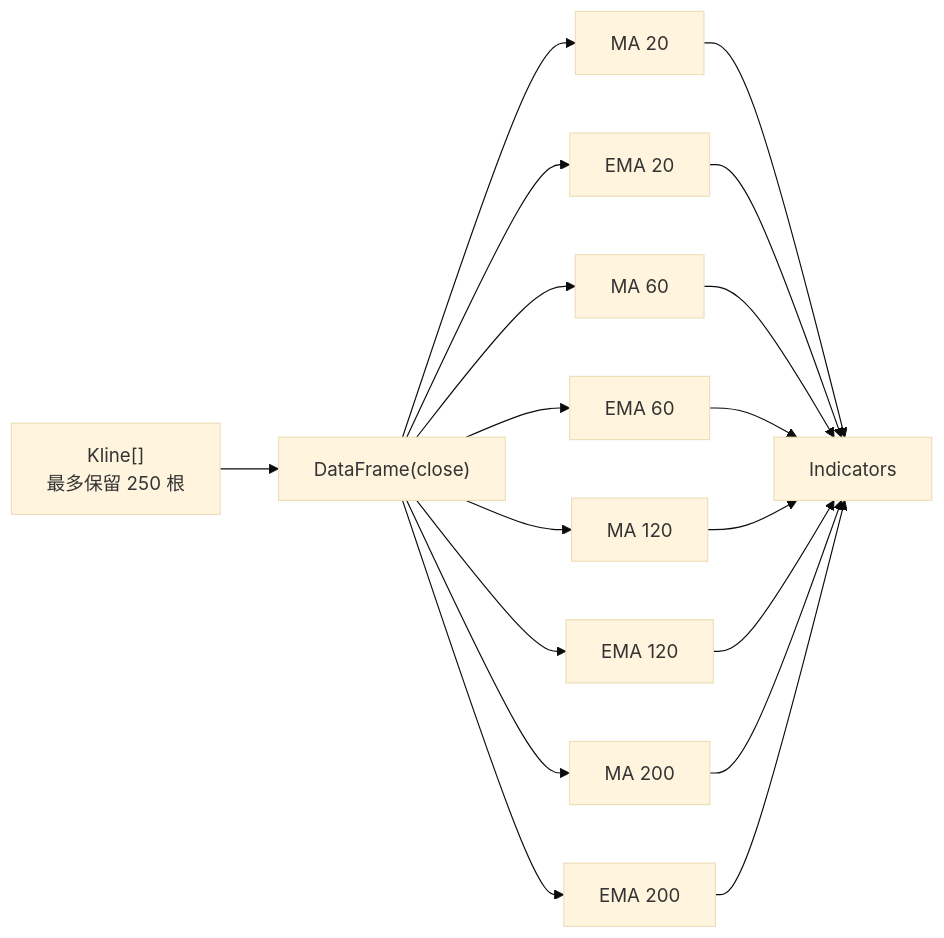
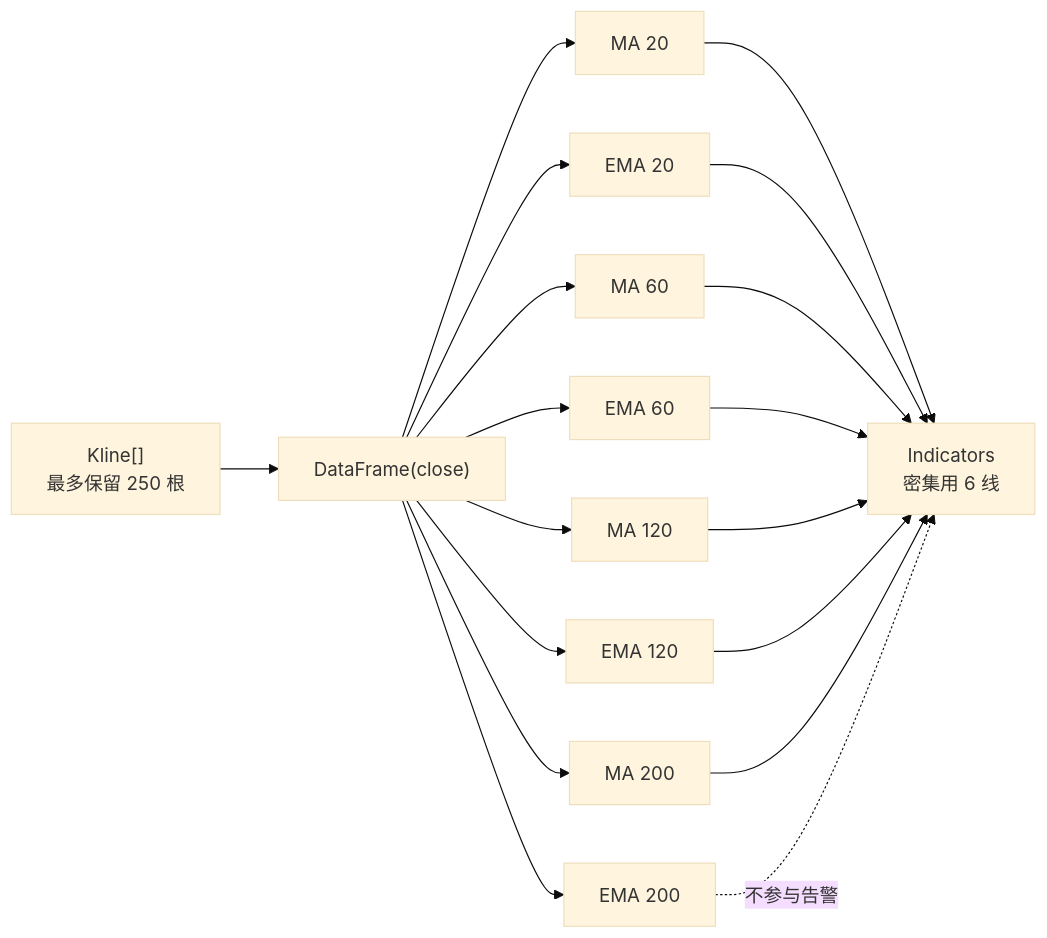
Before and after one commit to Formyselfonly/invest-alert-bot: the fourth of 5 diagrams in readme.md, drawn with Mermaid (base theme). The commit also changed other lines of this file and 14 other files, not shown here.

````diff
--- a/readme.md
+++ b/readme.md
@@ -216,14 +241,15 @@
 ```mermaid
 flowchart LR
     KL["Kline[]<br/>最多保留 250 根"] --> DF["DataFrame(close)"]
     DF --> MA20["MA 20"]
     DF --> EMA20["EMA 20"]
     DF --> MA60["MA 60"]
     DF --> EMA60["EMA 60"]
     DF --> MA120["MA 120"]
     DF --> EMA120["EMA 120"]
     DF --> MA200["MA 200"]
     DF --> EMA200["EMA 200"]
-    MA20 & EMA20 & MA60 & EMA60 & MA120 & EMA120 --> IND["Indicators"]
-    MA200 & EMA200 --> IND
+    MA20 & EMA20 & MA60 & EMA60 & MA120 & EMA120 --> IND["Indicators<br/>密集用 6 线"]
+    MA200 --> IND
+    EMA200 -.->|不参与告警| IND
 ```
````
